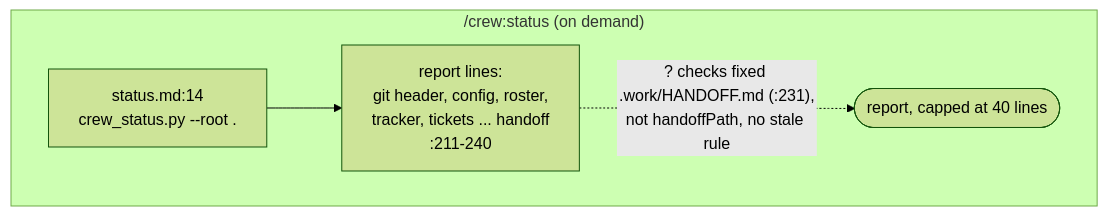
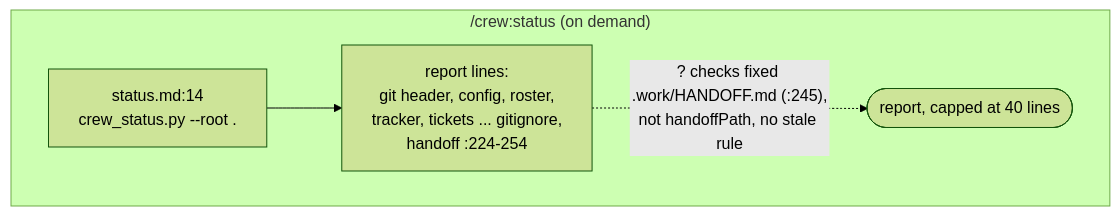
One commit to mbadali25/useful-claude-add-ons changed the diagram in docs/diagrams/process-crew-brief-status.mmd. Above: the diagram before and after it, drawn with Mermaid (forest theme). The commit also changed 12 other files, not shown here.

```diff
--- a/docs/diagrams/process-crew-brief-status.mmd
+++ b/docs/diagrams/process-crew-brief-status.mmd
@@ -1,15 +1,18 @@
-%% Generated from useful-claude-add-ons@a54ca704 on 2026-09-30. Verify before trusting.
+%% Generated from useful-claude-add-ons@affbfab0 on 2026-10-04. Verify before trusting.
 %% Anchors: plugin/crew/commands/status.md, plugin/crew/hooks/scripts/crew_status.py, plugin/crew/hooks/scripts/crew_tracker.py
 %% Purpose: What /crew:status reads when run on demand, and the one place it differs from the SessionStart hooks: it checks a fixed handoff path and applies no stale rule.
 %% Part of process-crew-brief.mmd (the overview, which keeps the re-anchoring history).
-%% /crew:status: commands/status.md:14 -> crew_status.py; :200-224 report lines.
-%% /crew:status checks the fixed path .work/HANDOFF.md (crew_status.py:215),
+%% Re-anchored a54ca704 -> affbfab0 (T-0039): crew_status.py gained the `gitignore` line after codemap
+%%    (crew_gitignore.summary, read-only); collect() moved :211-240 -> :224-254 and the HANDOFF check
+%%    :231 -> :245 (re-read with grep -n). status.md:14 holds.
+%% /crew:status: commands/status.md:14 -> crew_status.py; :224-254 report lines.
+%% /crew:status checks the fixed path .work/HANDOFF.md (crew_status.py:245),
 %% not context.handoffPath, and does not apply the stale rule.
 %% Note st2: git header, config file, roster, tracker (crew_tracker.resolve, :67), tickets,
-%%    review ledgers, verify, shell (Windows only, T-0040), codemap freshness, metrics,
-%%    handoff, interrupted migrate :211-240
+%%    review ledgers, verify, shell (Windows only, T-0040), codemap freshness, gitignore
+%%    (T-0039), metrics, handoff, interrupted migrate :224-254
 flowchart TB
     subgraph status["/crew:status (on demand)"]
-        st1["status.md:14<br/>crew_status.py --root ."] --> st2["report lines:<br/>git header, config, roster,<br/>tracker, tickets ... handoff<br/>:211-240"]
-        st2 -. "? checks fixed .work/HANDOFF.md (:231),<br/>not handoffPath, no stale rule" .-> st3([report, capped at 40 lines])
+        st1["status.md:14<br/>crew_status.py --root ."] --> st2["report lines:<br/>git header, config, roster,<br/>tracker, tickets ... gitignore,<br/>handoff :224-254"]
+        st2 -. "? checks fixed .work/HANDOFF.md (:245),<br/>not handoffPath, no stale rule" .-> st3([report, capped at 40 lines])
     end
```
